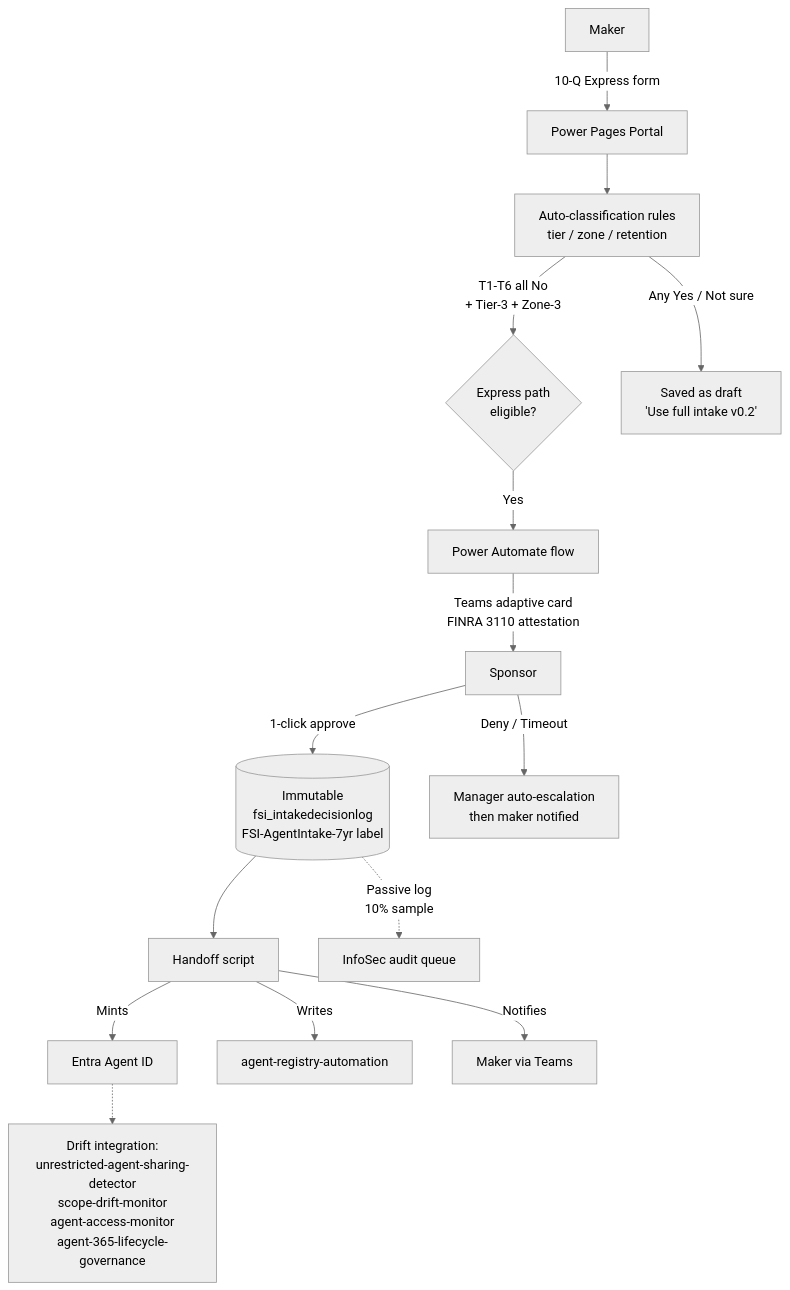
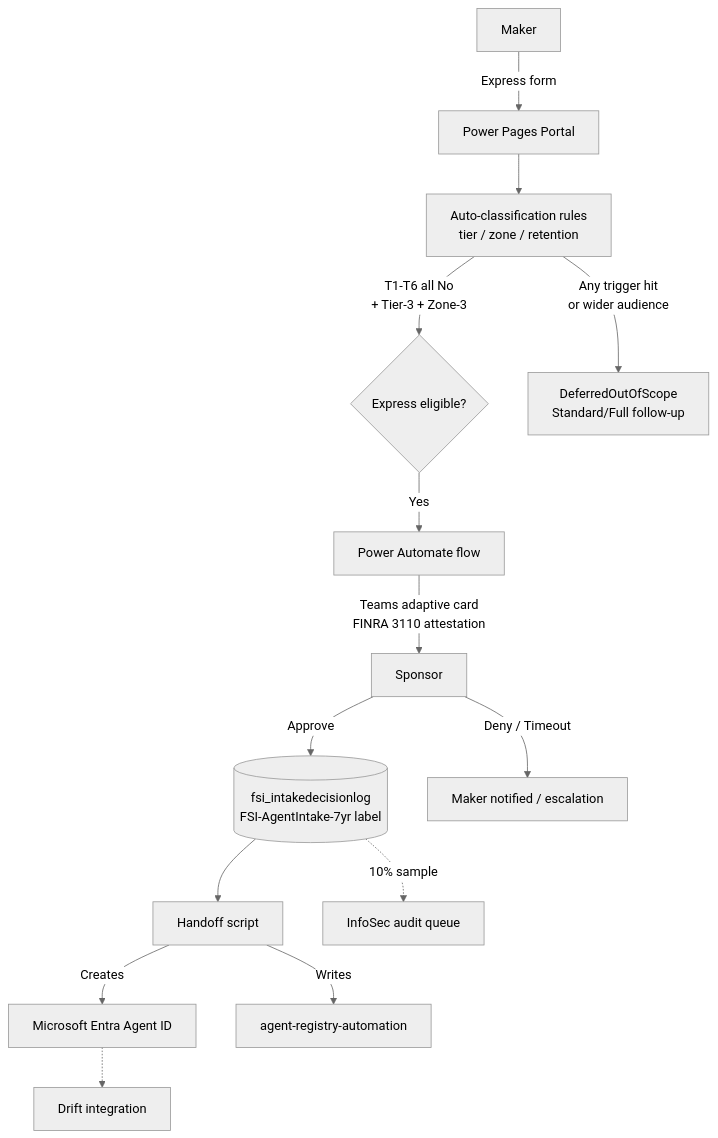
One commit to judeper/FSI-AgentGov-Solutions changed the diagram in agent-intake/README.md. Above: the diagram before and after it, drawn with Mermaid (neutral theme). The commit also changed other lines of this file and 35 other files, not shown here.

First line of the commit message:
tech-review(agent-intake): refresh Microsoft Learn guidance (#122)

````diff
--- a/agent-intake/README.md
+++ b/agent-intake/README.md
@@ -65,17 +58,16 @@
 ```mermaid
 flowchart TD
-    M[Maker] -->|10-Q Express form| PP[Power Pages Portal]
+    M[Maker] -->|Express form| PP[Power Pages Portal]
     PP --> CL[Auto-classification rules<br/>tier / zone / retention]
-    CL -->|T1-T6 all No<br/>+ Tier-3 + Zone-3| EX{Express path<br/>eligible?}
-    CL -->|Any Yes / Not sure| DEF[Saved as draft<br/>'Use full intake v0.2']
+    CL -->|T1-T6 all No<br/>+ Tier-3 + Zone-3| EX{Express eligible?}
+    CL -->|Any trigger hit<br/>or wider audience| DEF[DeferredOutOfScope<br/>Standard/Full follow-up]
     EX -->|Yes| FA[Power Automate flow]
     FA -->|Teams adaptive card<br/>FINRA 3110 attestation| SP[Sponsor]
-    SP -->|1-click approve| LOG[(Immutable<br/>fsi_intakedecisionlog<br/>FSI-AgentIntake-7yr label)]
-    SP -->|Deny / Timeout| ESC[Manager auto-escalation<br/>then maker notified]
+    SP -->|Approve| LOG[(fsi_intakedecisionlog<br/>FSI-AgentIntake-7yr label)]
+    SP -->|Deny / Timeout| ESC[Maker notified / escalation]
     LOG --> HO[Handoff script]
-    HO -->|Mints| EID[Entra Agent ID]
+    HO -->|Creates| EID[Microsoft Entra Agent ID]
     HO -->|Writes| REG[agent-registry-automation]
-    HO -->|Notifies| MN[Maker via Teams]
-    LOG -.->|Passive log<br/>10% sample| ISEC[InfoSec audit queue]
-    EID -.-> DRIFT[Drift integration:<br/>unrestricted-agent-sharing-detector<br/>scope-drift-monitor<br/>agent-access-monitor<br/>agent-365-lifecycle-governance]
+    LOG -.->|10% sample| ISEC[InfoSec audit queue]
+    EID -.-> DRIFT[Drift integration]
 ```
````
